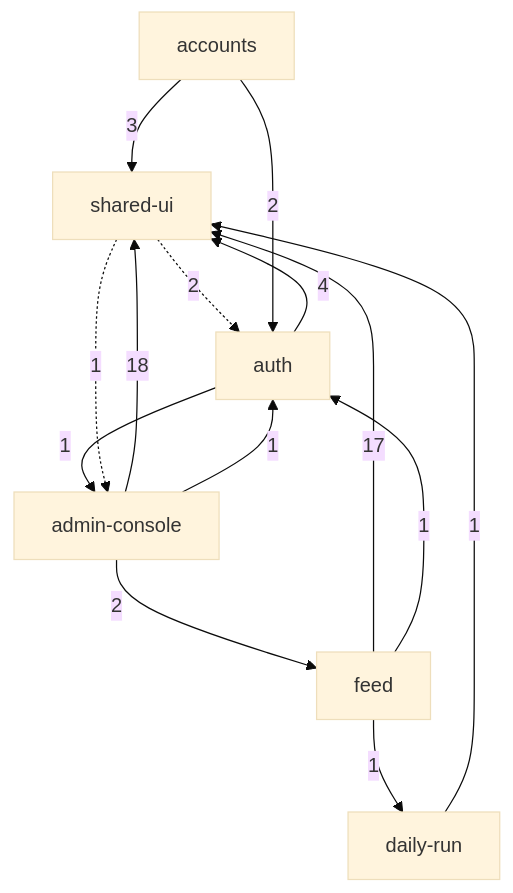
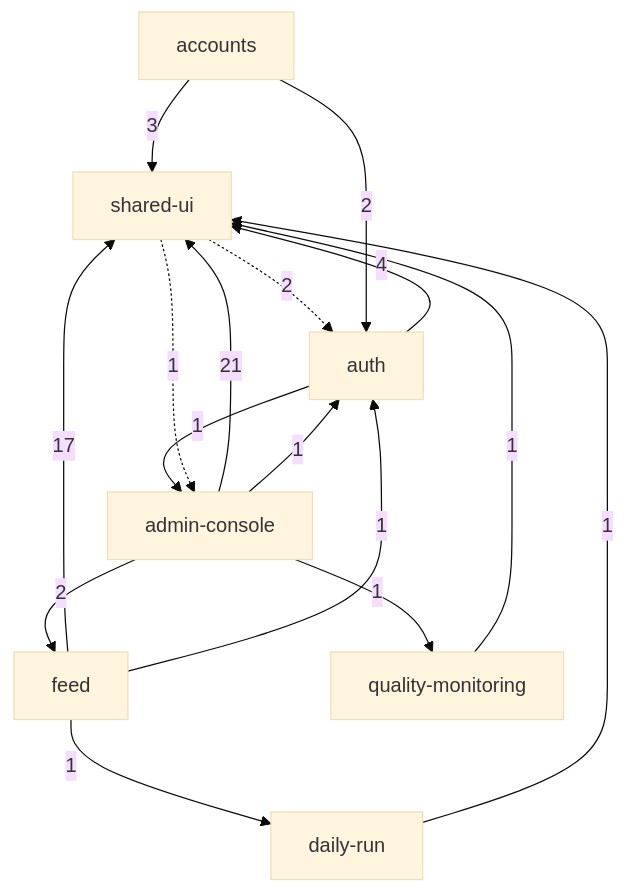
One commit to kwmacioszek/szczur-radar changed the second of 2 diagrams in context/map/evidence/3-structure.md. Above: the diagram before and after it, drawn with Mermaid (base theme). The commit also changed other lines of this file and 23 other files, not shown here.

````diff
--- a/context/map/evidence/3-structure.md
+++ b/context/map/evidence/3-structure.md
@@ -110,22 +132,25 @@
 ```mermaid
 graph TB
   accounts["accounts"]
   shared_ui["shared-ui"]
   auth["auth"]
   daily_run["daily-run"]
   admin_console["admin-console"]
   feed["feed"]
-  admin_console -->|18| shared_ui
+  quality["quality-monitoring"]
+  admin_console -->|21| shared_ui
   feed -->|17| shared_ui
   auth -->|4| shared_ui
   accounts -->|3| shared_ui
   admin_console -->|2| feed
   shared_ui -.->|2| auth
   accounts -->|2| auth
   daily_run -->|1| shared_ui
+  quality -->|1| shared_ui
   auth -->|1| admin_console
   shared_ui -.->|1| admin_console
   admin_console -->|1| auth
+  admin_console -->|1| quality
   feed -->|1| daily_run
   feed -->|1| auth
 ```
````
